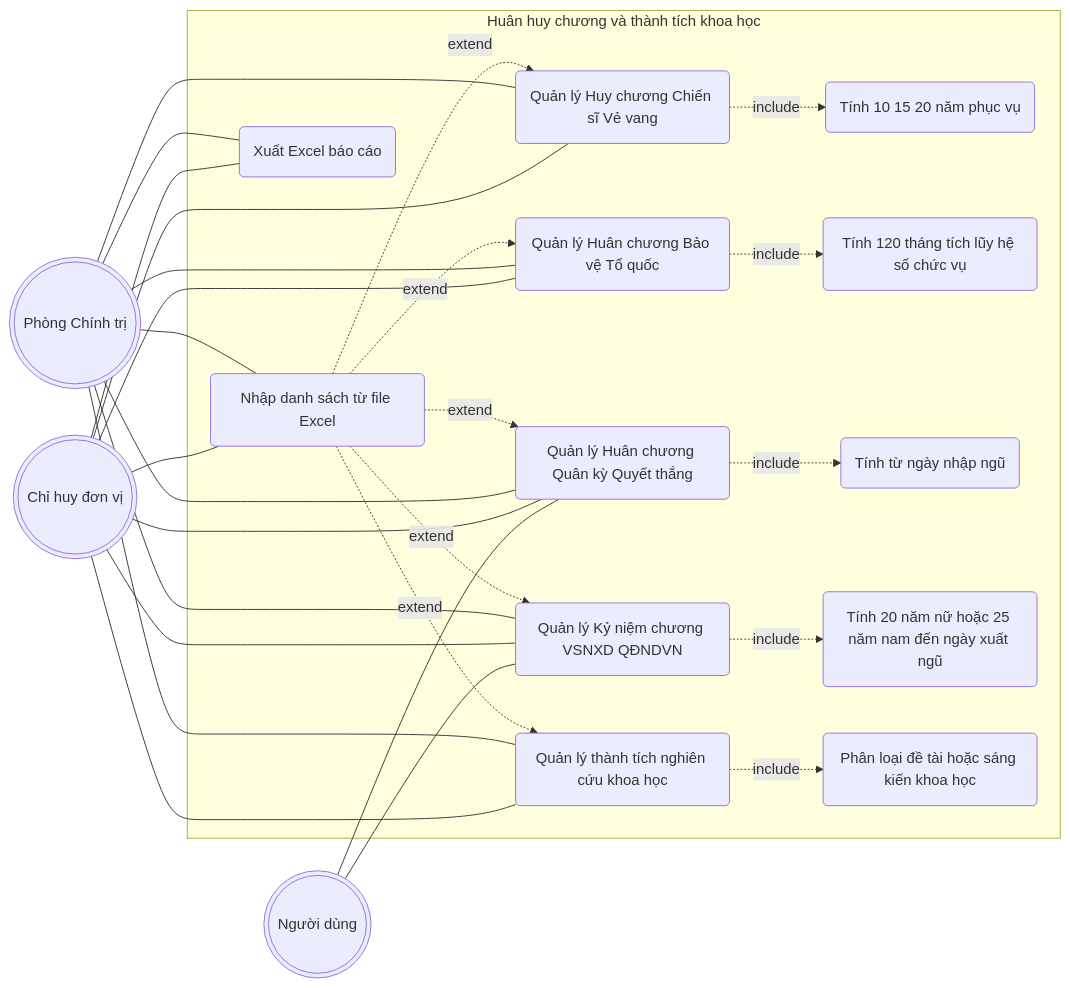
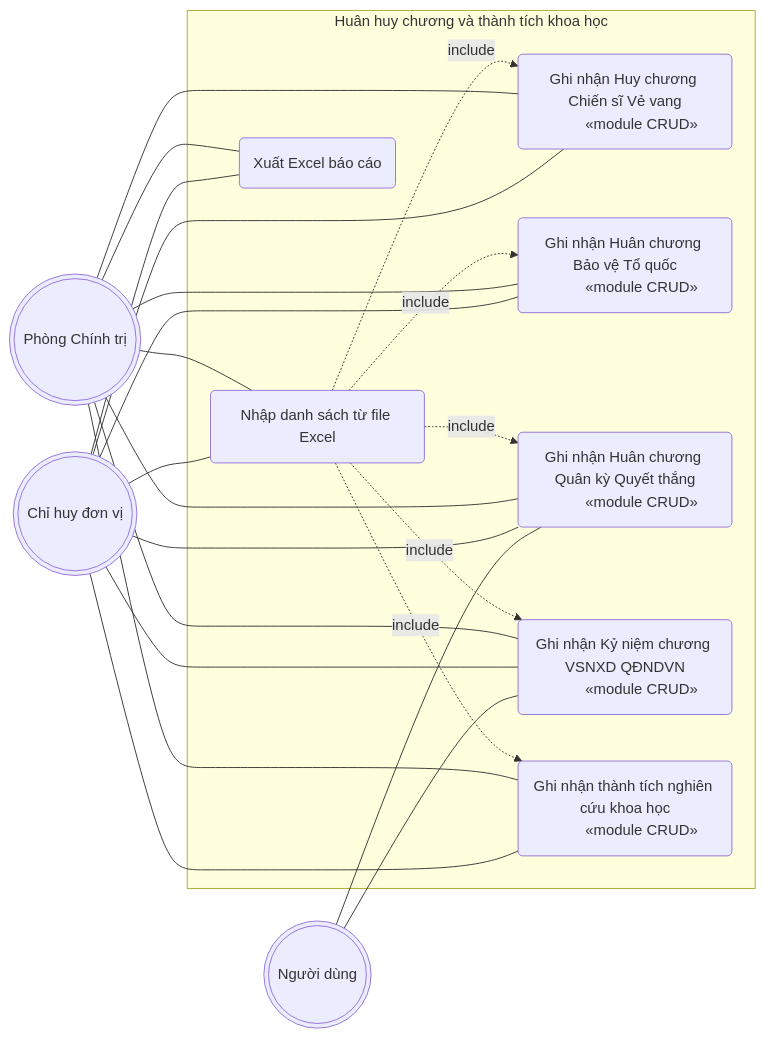
The seventh of 15 diagrams in docs/diagrams/01-use-case.md (tranducbk/DATN_PM_QLKT), drawn with Mermaid before and after one commit. The commit also changed other lines of this file and 69 other files, not shown here.

````diff
--- a/docs/diagrams/01-use-case.md
+++ b/docs/diagrams/01-use-case.md
@@ -295,46 +313,46 @@
 ```mermaid
 flowchart LR
     AD(((Phòng Chính trị)))
     MG(((Chỉ huy đơn vị)))
     US(((Người dùng)))
 
     subgraph SYS[Huân huy chương và thành tích khoa học]
-        UC1(Quản lý Huy chương Chiến sĩ Vẻ vang)
-        UC2(Quản lý Huân chương Bảo vệ Tổ quốc)
-        UC3(Quản lý Huân chương Quân kỳ Quyết thắng)
-        UC4(Quản lý Kỷ niệm chương VSNXD QĐNDVN)
-        UC5(Quản lý thành tích nghiên cứu khoa học)
+        UC1("Ghi nhận Huy chương Chiến sĩ Vẻ vang
+        «module CRUD»")
+        UC2("Ghi nhận Huân chương Bảo vệ Tổ quốc
+        «module CRUD»")
+        UC3("Ghi nhận Huân chương Quân kỳ Quyết thắng
+        «module CRUD»")
+        UC4("Ghi nhận Kỷ niệm chương VSNXD QĐNDVN
+        «module CRUD»")
+        UC5("Ghi nhận thành tích nghiên cứu khoa học
+        «module CRUD»")
         UC6(Nhập danh sách từ file Excel)
         UC7(Xuất Excel báo cáo)
 
-        UC1 -.->|include| UC1A(Tính 10 15 20 năm phục vụ)
-        UC2 -.->|include| UC2A(Tính 120 tháng tích lũy hệ số chức vụ)
-        UC3 -.->|include| UC3A(Tính từ ngày nhập ngũ)
-        UC4 -.->|include| UC4A(Tính 20 năm nữ hoặc 25 năm nam đến ngày xuất ngũ)
-        UC5 -.->|include| UC5A(Phân loại đề tài hoặc sáng kiến khoa học)
-        UC6 -.->|extend| UC1
-        UC6 -.->|extend| UC2
-        UC6 -.->|extend| UC3
-        UC6 -.->|extend| UC4
-        UC6 -.->|extend| UC5
+        UC6 -.->|include| UC1
+        UC6 -.->|include| UC2
+        UC6 -.->|include| UC3
+        UC6 -.->|include| UC4
+        UC6 -.->|include| UC5
     end
 
     AD --- UC1
     AD --- UC2
     AD --- UC3
     AD --- UC4
     AD --- UC5
     AD --- UC6
     AD --- UC7
 
     MG --- UC1
     MG --- UC2
     MG --- UC3
     MG --- UC4
     MG --- UC5
     MG --- UC6
     MG --- UC7
 
     US --- UC3
     US --- UC4
 ```
````
